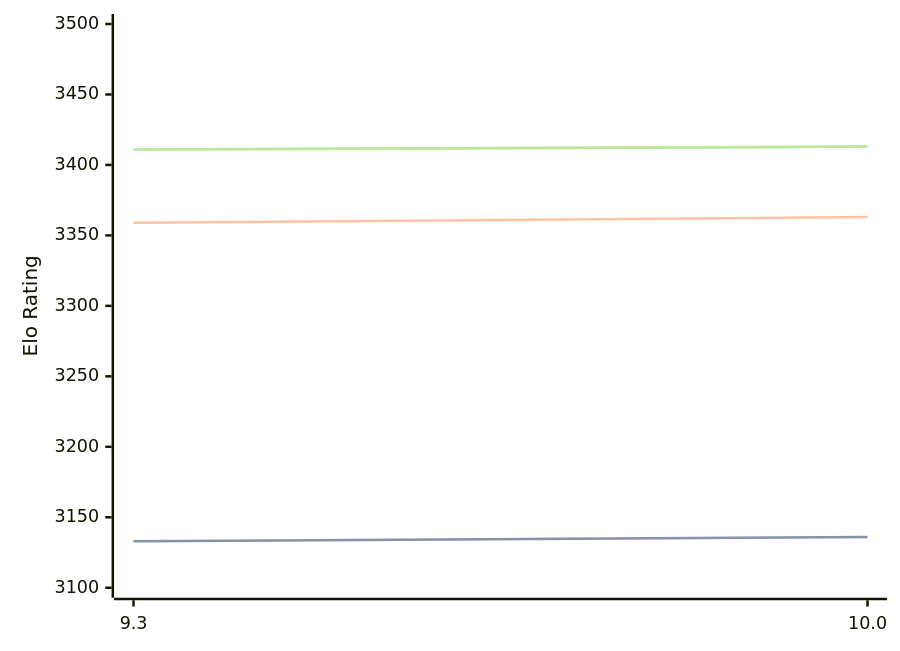
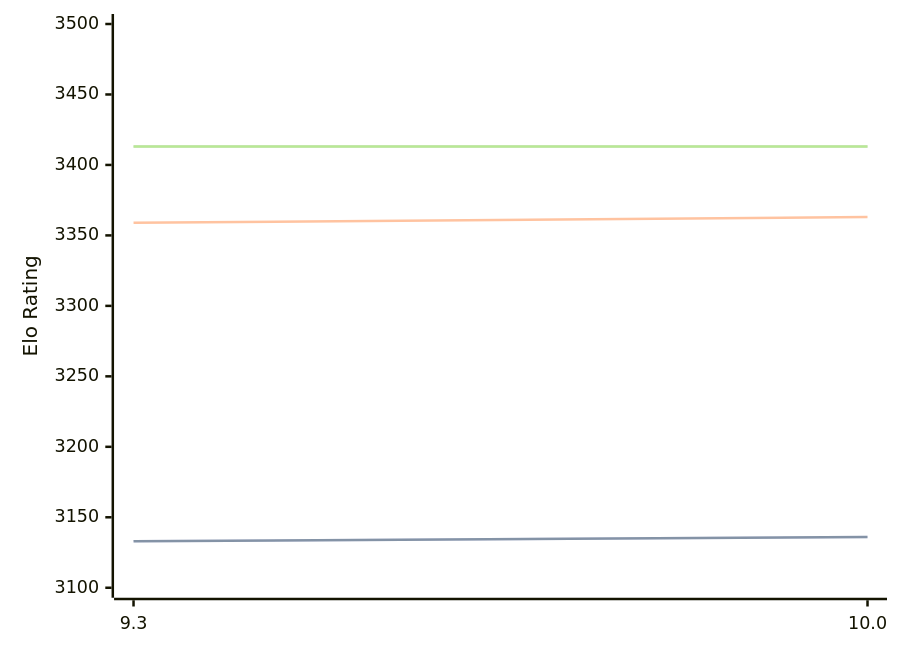
Before and after one commit to computer-chess-index/cci: the diagram in engines/Fire.md, drawn with Mermaid. The commit also changed other lines of this file, not shown here.

Commit message:
Update CCI Ratings (ELO VLTC) - 2026-07-19

````diff
--- a/engines/Fire.md
+++ b/engines/Fire.md
@@ -47,11 +47,11 @@
 ```mermaid
 %%{init: {"theme":"base","themeVariables":{"seriesColors:['#a3a3a3','#222221','#faa371']}}}%%
 xychart-beta
   x-axis ["9.3", "10.0"]
   y-axis "Elo Rating" 3100 --> 3500
   line "STC (8.0+0.08s)" [3133, 3136]
   line "STC (8.0+0.08s)" [3133, 3136]
   line "LTC (60.0+0.60s)" [3359, 3363]
-  line "VLTC (2m24s+1.12s)" [3411, 3413]
-  line "VLTC (2m24s+1.12s)" [3411, 3413]
+  line "VLTC (2m24s+1.12s)" [3413, 3413]
+  line "VLTC (2m24s+1.12s)" [3413, 3413]
 ```
````
